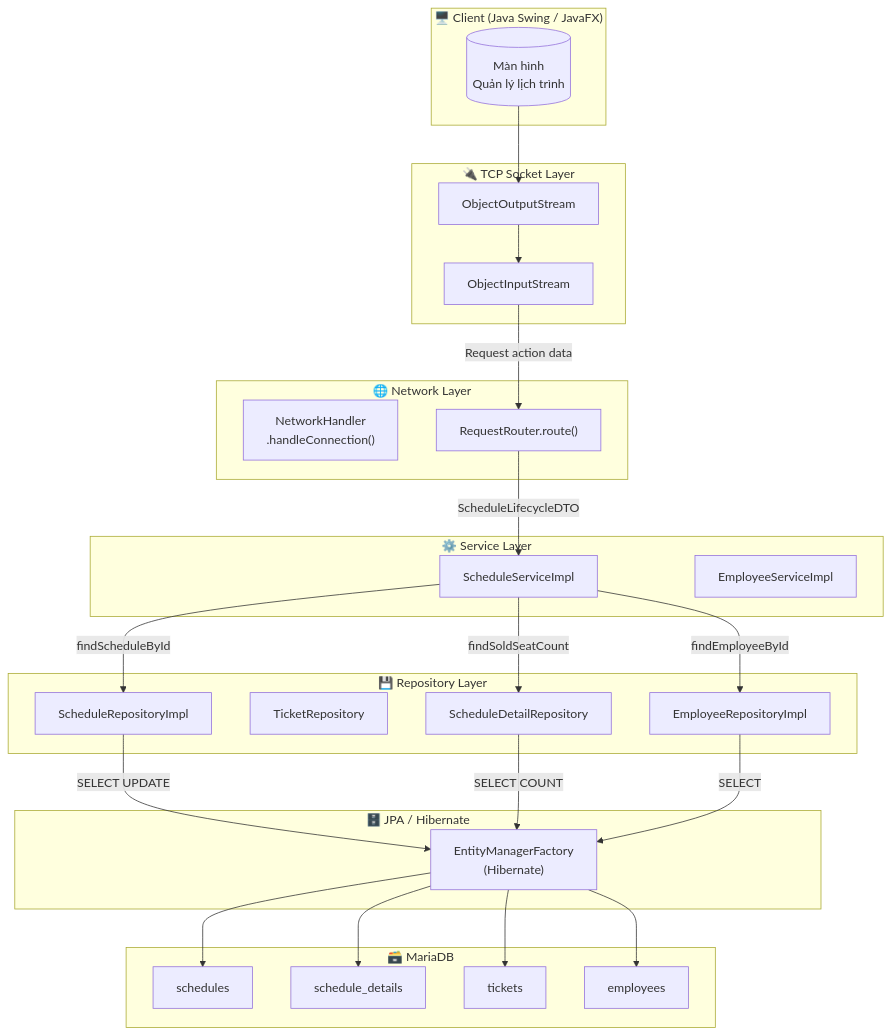
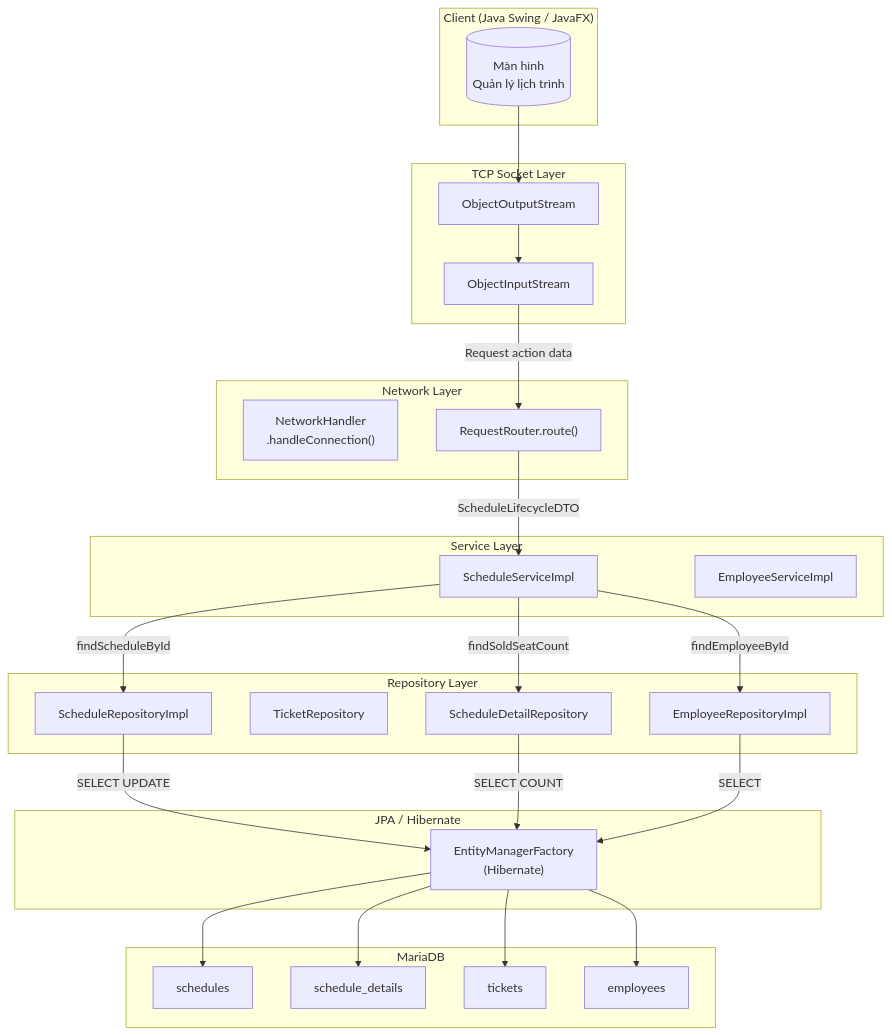
One commit to Distributed-Programing-Project/railway-reservation-system-server changed the first of 4 diagrams in docs/diagrams/sequence/uc008-vo-hieu-hoa-va-phat-trien-lich-trinh.md. Above: the diagram before and after it, drawn with Mermaid. The commit also changed other lines of this file and 11 other files, not shown here.

First line of the commit message:
fix(diagram): remove all emojis/icons from sequence diagrams for consistency

````diff
--- a/docs/diagrams/sequence/uc008-vo-hieu-hoa-va-phat-trien-lich-trinh.md
+++ b/docs/diagrams/sequence/uc008-vo-hieu-hoa-va-phat-trien-lich-trinh.md
@@ -7,54 +7,54 @@
 ```mermaid
 flowchart TB
-    subgraph Client ["🖥️ Client (Java Swing / JavaFX)"]
+    subgraph Client ["Client (Java Swing / JavaFX)"]
         UI[("Màn hình\nQuản lý lịch trình")]
     end
 
-    subgraph SocketLayer ["🔌 TCP Socket Layer"]
+    subgraph SocketLayer ["TCP Socket Layer"]
         OOS["ObjectOutputStream"]
         OIS["ObjectInputStream"]
     end
 
-    subgraph NetworkLayer ["🌐 Network Layer"]
+    subgraph NetworkLayer ["Network Layer"]
         RH["NetworkHandler\n.handleConnection()"]
         RR["RequestRouter.route()"]
     end
 
-    subgraph ServiceLayer ["⚙️ Service Layer"]
+    subgraph ServiceLayer ["Service Layer"]
         SS["ScheduleServiceImpl"]
         ES["EmployeeServiceImpl"]
     end
 
-    subgraph RepositoryLayer ["💾 Repository Layer"]
+    subgraph RepositoryLayer ["Repository Layer"]
         SR["ScheduleRepositoryImpl"]
         TR["TicketRepository"]
         SDR["ScheduleDetailRepository"]
         ER["EmployeeRepositoryImpl"]
     end
 
-    subgraph Persistence ["🗄️ JPA / Hibernate"]
+    subgraph Persistence ["JPA / Hibernate"]
         EMF["EntityManagerFactory\n(Hibernate)"]
     end
 
-    subgraph Database ["🗃️ MariaDB"]
+    subgraph Database ["MariaDB"]
         SCH["schedules"]
         SD["schedule_details"]
         TKT["tickets"]
         EMP["employees"]
     end
 
     UI --> OOS
     OOS --> OIS
     OIS -->|"Request action data"| RR
     RR -->|ScheduleLifecycleDTO| SS
     SS -->|findScheduleById| SR
     SS -->|findSoldSeatCount| SDR
     SS -->|findEmployeeById| ER
     SR -->|"SELECT UPDATE"| EMF
     SDR -->|SELECT COUNT| EMF
     ER -->|SELECT| EMF
     EMF --> SCH
     EMF --> SD
     EMF --> TKT
     EMF --> EMP
 ```
````
